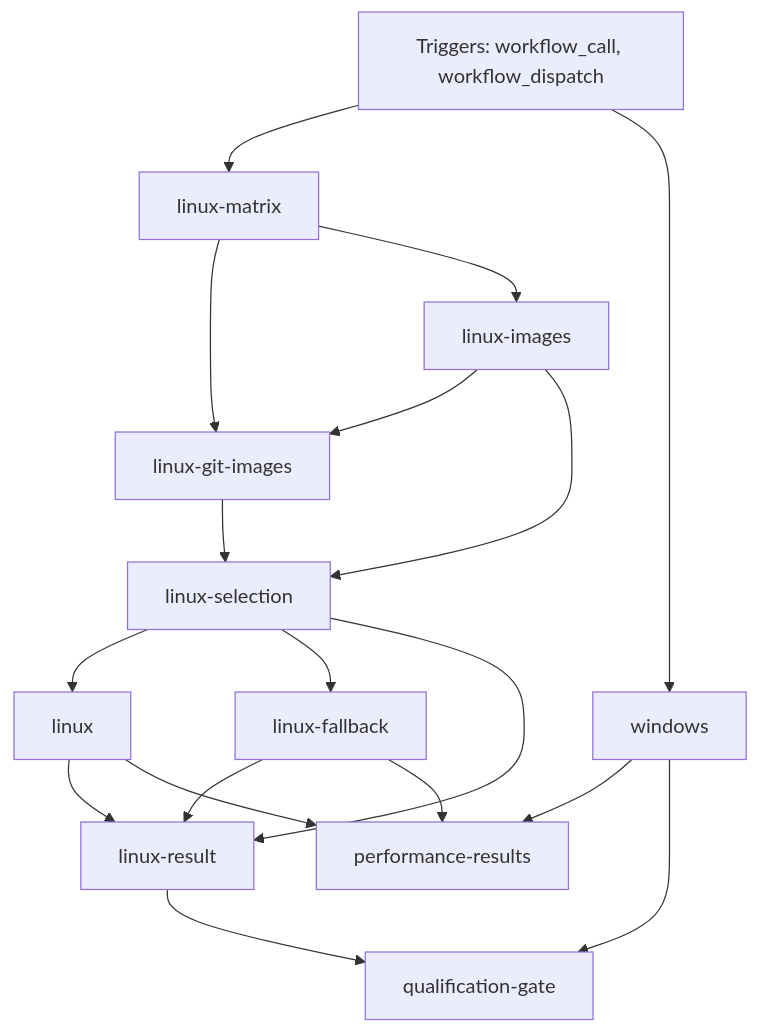
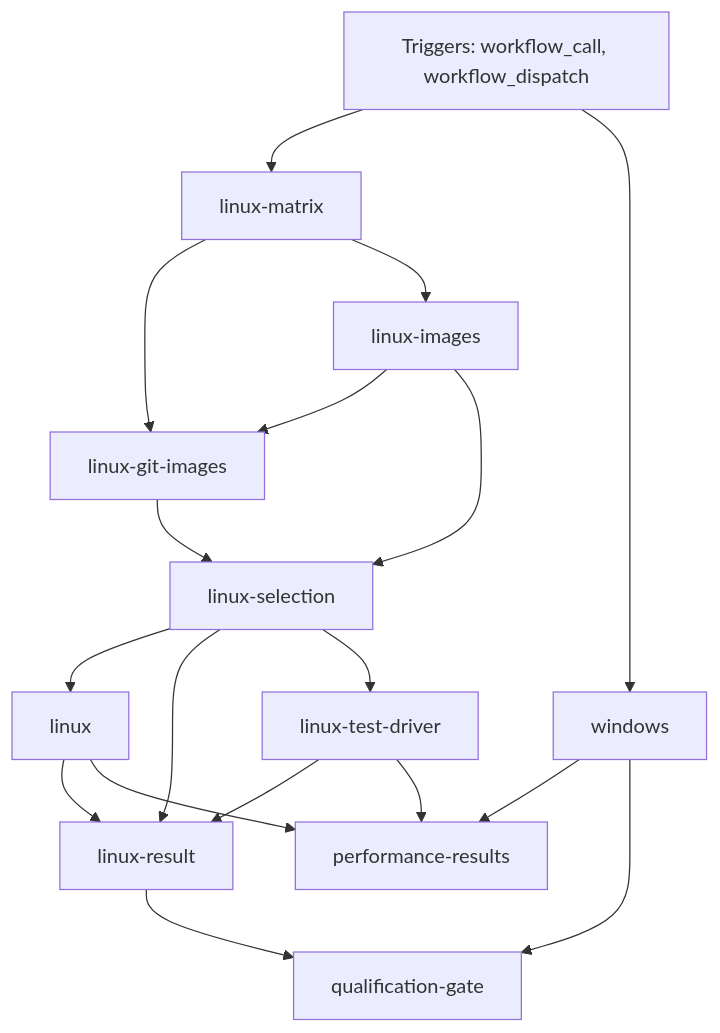
The diagram in docs/ci/github/script-ci.md (FrenchExDev2/QuietCli.PoSh), drawn with Mermaid before and after one commit. The commit also changed other lines of this file and 6 other files, not shown here.

Commit message:
Rename Linux test driver job and Docker matrix outputs

```diff
--- a/docs/ci/github/script-ci.md
+++ b/docs/ci/github/script-ci.md
@@ -23,31 +23,31 @@
 ~~~mermaid
 flowchart TD
     event["Triggers: workflow_call, workflow_dispatch"]
     job_linux["linux"]
-    job_linux_fallback["linux-fallback"]
     job_linux_git_images["linux-git-images"]
     job_linux_images["linux-images"]
     job_linux_matrix["linux-matrix"]
     job_linux_result["linux-result"]
     job_linux_selection["linux-selection"]
+    job_linux_test_driver["linux-test-driver"]
     job_performance_results["performance-results"]
     job_qualification_gate["qualification-gate"]
     job_windows["windows"]
     job_linux_selection --> job_linux
-    job_linux_selection --> job_linux_fallback
     job_linux_matrix --> job_linux_git_images
     job_linux_images --> job_linux_git_images
     job_linux_matrix --> job_linux_images
     event --> job_linux_matrix
     job_linux_selection --> job_linux_result
     job_linux --> job_linux_result
-    job_linux_fallback --> job_linux_result
+    job_linux_test_driver --> job_linux_result
     job_linux_images --> job_linux_selection
     job_linux_git_images --> job_linux_selection
+    job_linux_selection --> job_linux_test_driver
     job_windows --> job_performance_results
     job_linux --> job_performance_results
-    job_linux_fallback --> job_performance_results
+    job_linux_test_driver --> job_performance_results
     job_windows --> job_qualification_gate
     job_linux_result --> job_qualification_gate
     event --> job_windows
 ~~~
```
